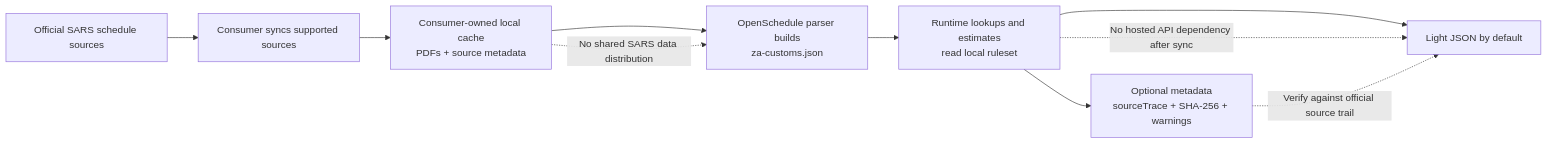
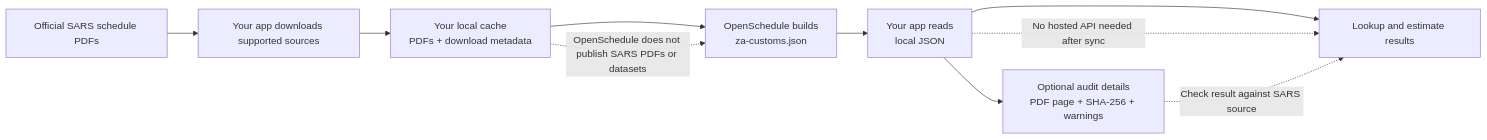
One commit to Habitat-ERP/openschedule changed the diagram in README.md. Above: the diagram before and after it, drawn with Mermaid. The commit also changed other lines of this file and 9 other files, not shown here.

````diff
--- a/README.md
+++ b/README.md
@@ -29,13 +32,13 @@
 ```mermaid
 flowchart LR
-  sars["Official SARS schedule sources"] --> sync["Consumer syncs supported sources"]
-  sync --> cache["Consumer-owned local cache<br/>PDFs + source metadata"]
-  cache --> build["OpenSchedule parser builds<br/>za-customs.json"]
-  build --> runtime["Runtime lookups and estimates<br/>read local ruleset"]
-  runtime --> output["Light JSON by default"]
-  runtime --> audit["Optional metadata<br/>sourceTrace + SHA-256 + warnings"]
+  sars["Official SARS schedule PDFs"] --> sync["Your app downloads supported sources"]
+  sync --> cache["Your local cache<br/>PDFs + download metadata"]
+  cache --> build["OpenSchedule builds<br/>za-customs.json"]
+  build --> runtime["Your app reads<br/>local JSON"]
+  runtime --> output["Lookup and estimate results"]
+  runtime --> audit["Optional audit details<br/>PDF page + SHA-256 + warnings"]
 
-  cache -. "No shared SARS data distribution" .-> build
-  runtime -. "No hosted API dependency after sync" .-> output
-  audit -. "Verify against official source trail" .-> output
+  cache -. "OpenSchedule does not publish SARS PDFs or datasets" .-> build
+  runtime -. "No hosted API needed after sync" .-> output
+  audit -. "Check result against SARS source" .-> output
 ```
````
